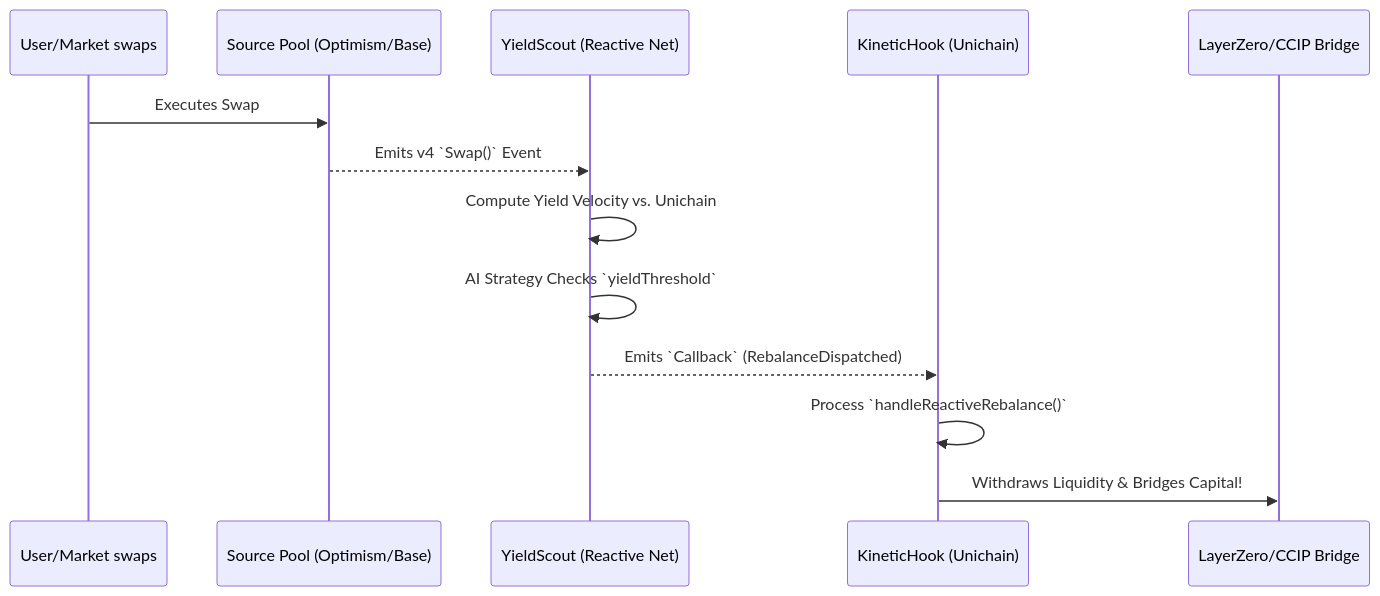
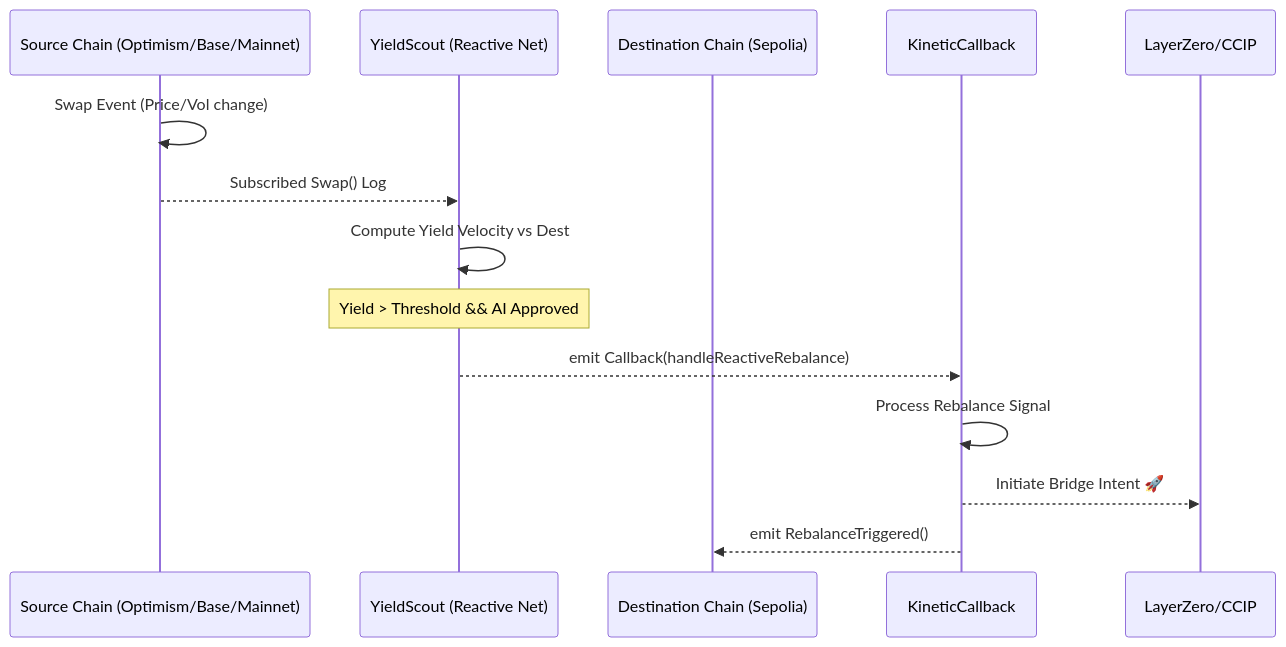
The diagram in readme.md (Amity808/KineticYield), drawn with Mermaid before and after one commit. The commit also changed other lines of this file, not shown here.

Commit message:
docs: Refactor and expand README with updated problem statements, detailed architecture including `KineticCallback`, an updated reactive flow, and comprehensive testnet deployment instructions.

````diff
--- a/readme.md
+++ b/readme.md
@@ -54,16 +51,19 @@
 ```mermaid
 sequenceDiagram
-    participant User/Market swaps
-    participant Source Pool (Optimism/Base)
-    participant YieldScout (Reactive Net)
-    participant KineticHook (Unichain)
-    participant LayerZero/CCIP Bridge
+    participant Source as Source Chain (Optimism/Base/Mainnet)
+    participant Scout as YieldScout (Reactive Net)
+    participant Dest as Destination Chain (Sepolia)
+    participant Receiver as KineticCallback
+    participant Bridge as LayerZero/CCIP
 
-    User/Market swaps->>Source Pool (Optimism/Base): Executes Swap
-    Source Pool (Optimism/Base)-->>YieldScout (Reactive Net): Emits v4 `Swap()` Event
-    YieldScout (Reactive Net)->>YieldScout (Reactive Net): Compute Yield Velocity vs. Unichain
-    YieldScout (Reactive Net)->>YieldScout (Reactive Net): AI Strategy Checks `yieldThreshold`
-    YieldScout (Reactive Net)-->>KineticHook (Unichain): Emits `Callback` (RebalanceDispatched)
-    KineticHook (Unichain)->>KineticHook (Unichain): Process `handleReactiveRebalance()`
-    KineticHook (Unichain)->>LayerZero/CCIP Bridge: Withdraws Liquidity & Bridges Capital!
+    Source->>Source: Swap Event (Price/Vol change)
+    Source-->>Scout: Subscribed Swap() Log
+    Scout->>Scout: Compute Yield Velocity vs Dest
+    
+    Note over Scout: Yield > Threshold && AI Approved
+    
+    Scout-->>Receiver: emit Callback(handleReactiveRebalance)
+    Receiver->>Receiver: Process Rebalance Signal
+    Receiver-->>Bridge: Initiate Bridge Intent 🚀
+    Receiver-->>Dest: emit RebalanceTriggered()
 ```
````
